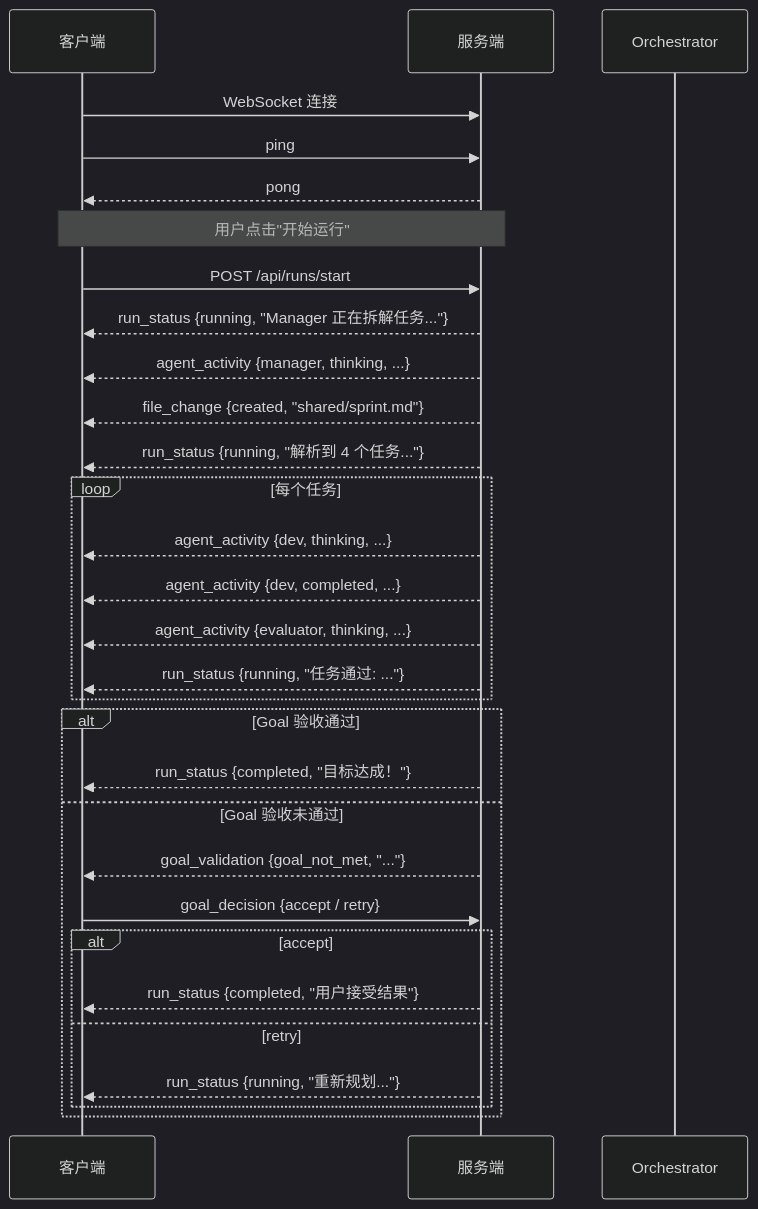
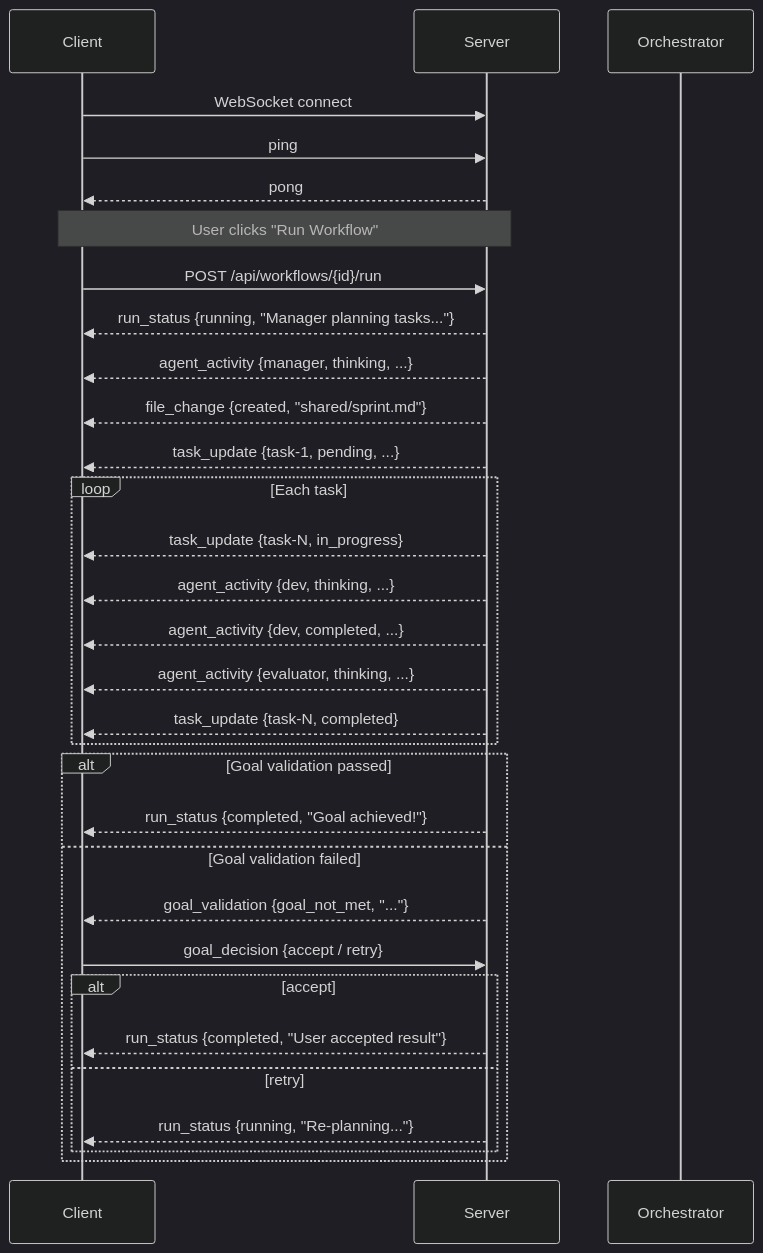
Before and after one commit to lchaoer/Polygents: the first of 2 diagrams in docs/api-reference.md, drawn with Mermaid (dark theme). The commit also changed other lines of this file and 2 other files, not shown here.

First line of the commit message:
docs: update api-reference, architecture, and design docs to match current codebase

````diff
--- a/docs/api-reference.md
+++ b/docs/api-reference.md
@@ -217,37 +730,38 @@
 ```mermaid
 sequenceDiagram
-    participant C as 客户端
-    participant S as 服务端
+    participant C as Client
+    participant S as Server
     participant O as Orchestrator
 
-    C->>S: WebSocket 连接
+    C->>S: WebSocket connect
     C->>S: ping
     S-->>C: pong
 
-    Note over C,S: 用户点击"开始运行"
-    C->>S: POST /api/runs/start
+    Note over C,S: User clicks "Run Workflow"
+    C->>S: POST /api/workflows/{id}/run
 
-    S-->>C: run_status {running, "Manager 正在拆解任务..."}
+    S-->>C: run_status {running, "Manager planning tasks..."}
     S-->>C: agent_activity {manager, thinking, ...}
     S-->>C: file_change {created, "shared/sprint.md"}
-    S-->>C: run_status {running, "解析到 4 个任务..."}
+    S-->>C: task_update {task-1, pending, ...}
 
-    loop 每个任务
+    loop Each task
+        S-->>C: task_update {task-N, in_progress}
         S-->>C: agent_activity {dev, thinking, ...}
         S-->>C: agent_activity {dev, completed, ...}
         S-->>C: agent_activity {evaluator, thinking, ...}
-        S-->>C: run_status {running, "任务通过: ..."}
+        S-->>C: task_update {task-N, completed}
     end
 
-    alt Goal 验收通过
-        S-->>C: run_status {completed, "目标达成！"}
-    else Goal 验收未通过
+    alt Goal validation passed
+        S-->>C: run_status {completed, "Goal achieved!"}
+    else Goal validation failed
         S-->>C: goal_validation {goal_not_met, "..."}
         C->>S: goal_decision {accept / retry}
         alt accept
-            S-->>C: run_status {completed, "用户接受结果"}
+            S-->>C: run_status {completed, "User accepted result"}
         else retry
-            S-->>C: run_status {running, "重新规划..."}
+            S-->>C: run_status {running, "Re-planning..."}
         end
     end
 ```
````
